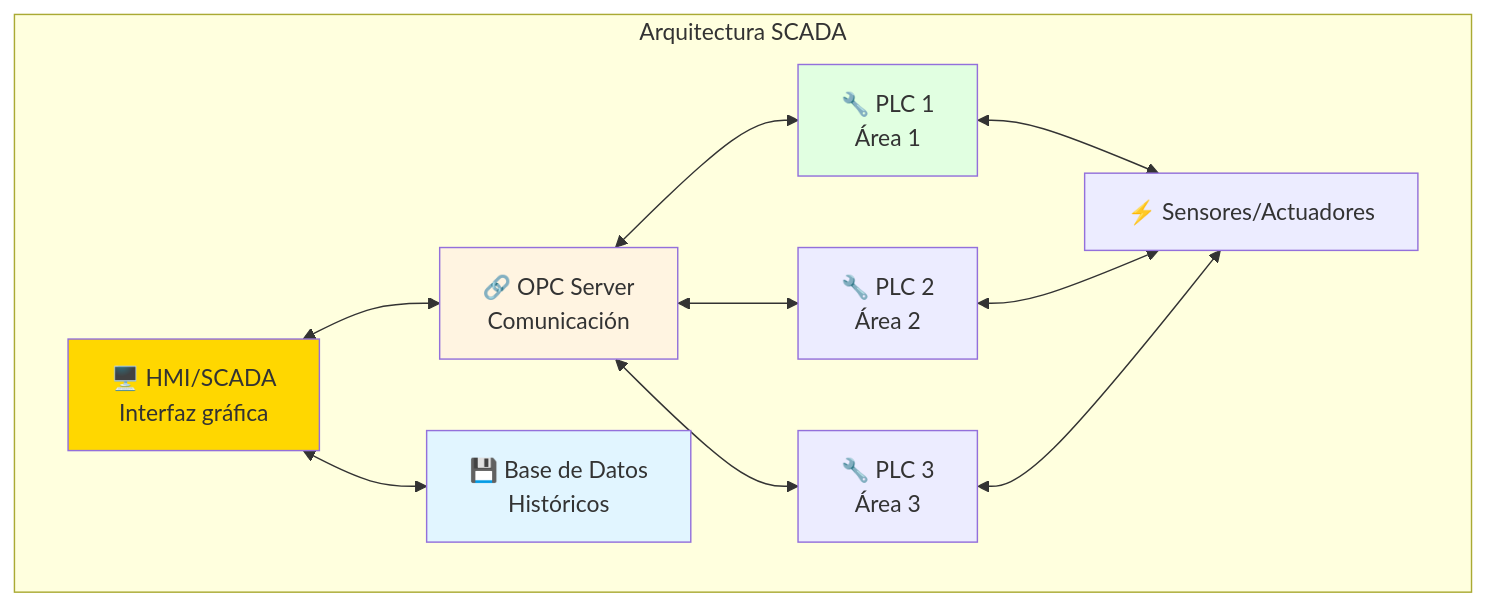
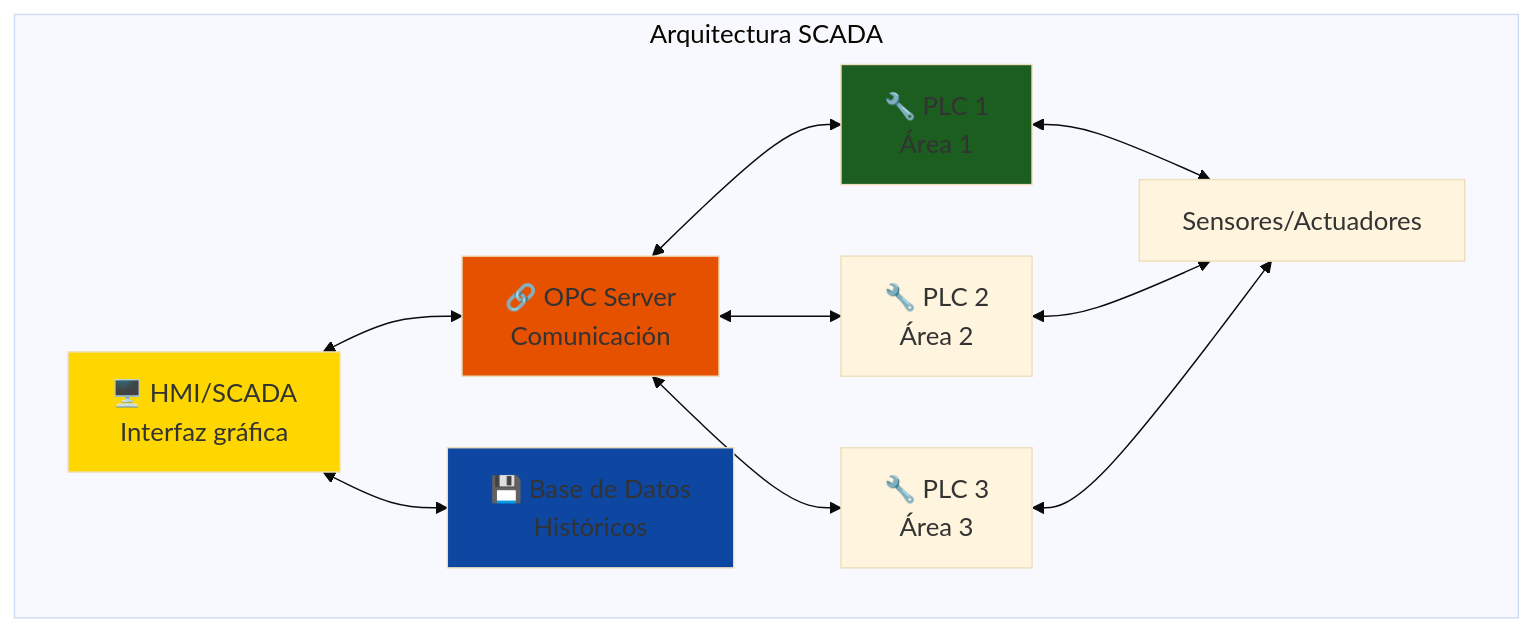
One commit to Ai-Whisperers/Courses-Content changed the eighth of 12 diagrams in courses/🟡-development/FPUNA-2026/02-ELECTRONICA-AUTOMATIZACION/04-automatizacion-industrial.md. Above: the diagram before and after it, drawn with Mermaid. The commit also changed other lines of this file and 47 other files, not shown here.

First line of the commit message:
fix: Make all 473 diagrams WCAG AAA accessible (FPUNA-2026)

````diff
--- a/courses/🟡-development/FPUNA-2026/02-ELECTRONICA-AUTOMATIZACION/04-automatizacion-industrial.md
+++ b/courses/🟡-development/FPUNA-2026/02-ELECTRONICA-AUTOMATIZACION/04-automatizacion-industrial.md
@@ -518,26 +525,27 @@
 ```mermaid
+%%{init: {'theme':'base', 'themeVariables': {'fontSize':'18px'}}}%%
 graph TB
     subgraph "Arquitectura SCADA"
         HMI[🖥️ HMI/SCADA<br/>Interfaz gráfica]
         DB[💾 Base de Datos<br/>Históricos]
         OPC[🔗 OPC Server<br/>Comunicación]
         PLC1[🔧 PLC 1<br/>Área 1]
         PLC2[🔧 PLC 2<br/>Área 2]
         PLC3[🔧 PLC 3<br/>Área 3]
-        SENSORS[⚡ Sensores/Actuadores]
+        SENSORS[Sensores/Actuadores]
     end
     
     HMI <--> OPC
     HMI <--> DB
     OPC <--> PLC1
     OPC <--> PLC2
     OPC <--> PLC3
     PLC1 <--> SENSORS
     PLC2 <--> SENSORS
     PLC3 <--> SENSORS
     
     style HMI fill:#FFD700
-    style DB fill:#E1F5FF
-    style OPC fill:#FFF4E1
-    style PLC1 fill:#E1FFE1
+    style DB fill:#0d47a1
+    style OPC fill:#e65100
+    style PLC1 fill:#1b5e20
 ```
````
